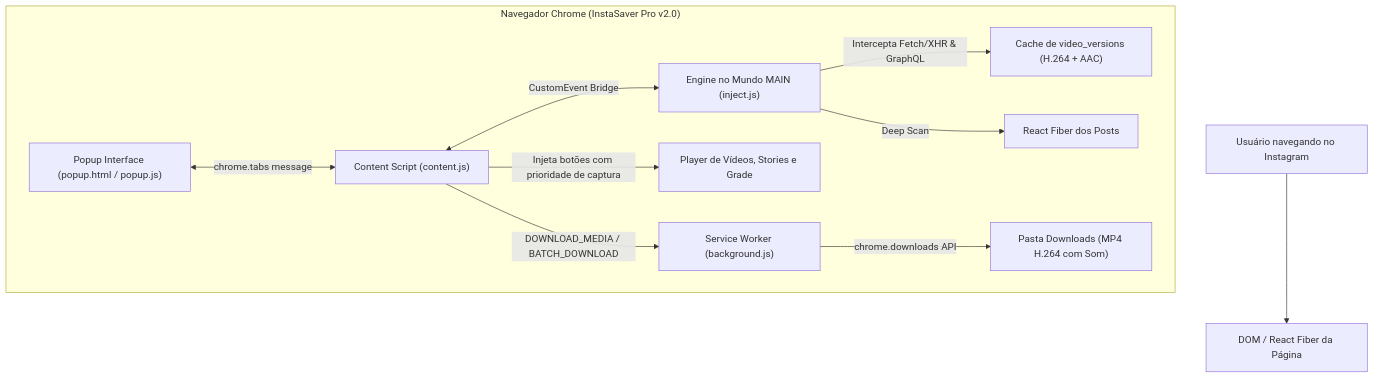
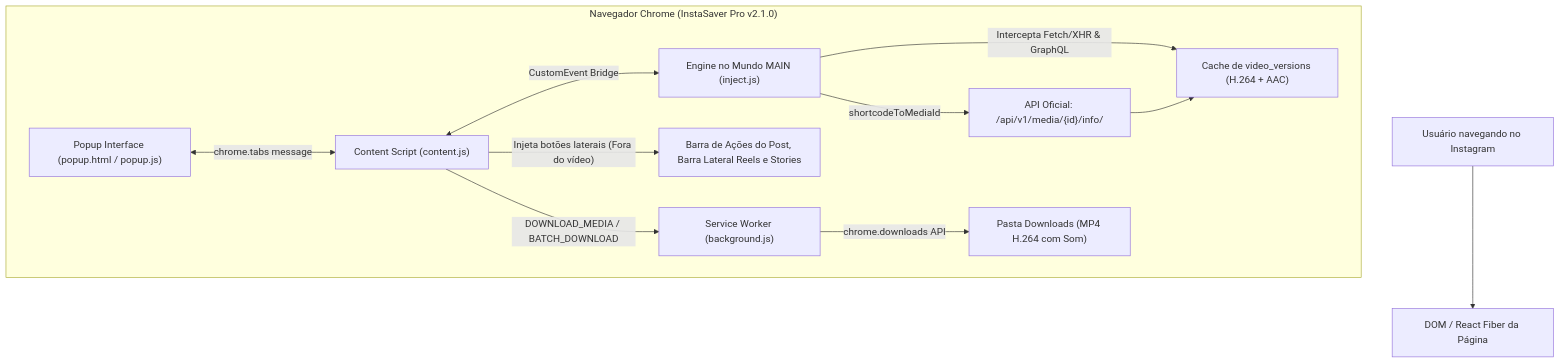
Before and after one commit to DLMIDIA/instasaver-pro: the diagram in README.md, drawn with Mermaid. The commit also changed other lines of this file and 7 other files, not shown here.

Commit message:
release: v2.1.0 - relocate download buttons to side action bars and add media_id info API resolution

````diff
--- a/README.md
+++ b/README.md
@@ -64,18 +82,19 @@
 ```mermaid
 flowchart TD
     User["Usuário navegando no Instagram"] --> DOM["DOM / React Fiber da Página"]
     
-    subgraph Browser["Navegador Chrome (InstaSaver Pro v2.0)"]
+    subgraph Browser["Navegador Chrome (InstaSaver Pro v2.1.0)"]
         InjectEngine["Engine no Mundo MAIN (inject.js)"]
         InjectEngine -->|"Intercepta Fetch/XHR & GraphQL"| Store["Cache de video_versions (H.264 + AAC)"]
-        InjectEngine -->|"Deep Scan"| ReactFiber["React Fiber dos Posts"]
+        InjectEngine -->|"shortcodeToMediaId"| MediaInfoAPI["API Oficial: /api/v1/media/{id}/info/"]
+        MediaInfoAPI --> Store
         
         ContentScript["Content Script (content.js)"] <-->|"CustomEvent Bridge"| InjectEngine
-        ContentScript -->|"Injeta botões com prioridade de captura"| UI["Player de Vídeos, Stories e Grade"]
+        ContentScript -->|"Injeta botões laterais (Fora do vídeo)"| UI["Barra de Ações do Post, Barra Lateral Reels e Stories"]
         
         Popup["Popup Interface (popup.html / popup.js)"] <-->|"chrome.tabs message"| ContentScript
         
         ContentScript -->|"DOWNLOAD_MEDIA / BATCH_DOWNLOAD"| Background["Service Worker (background.js)"]
         Background -->|"chrome.downloads API"| FileSystem["Pasta Downloads (MP4 H.264 com Som)"]
     end
 ```
````
